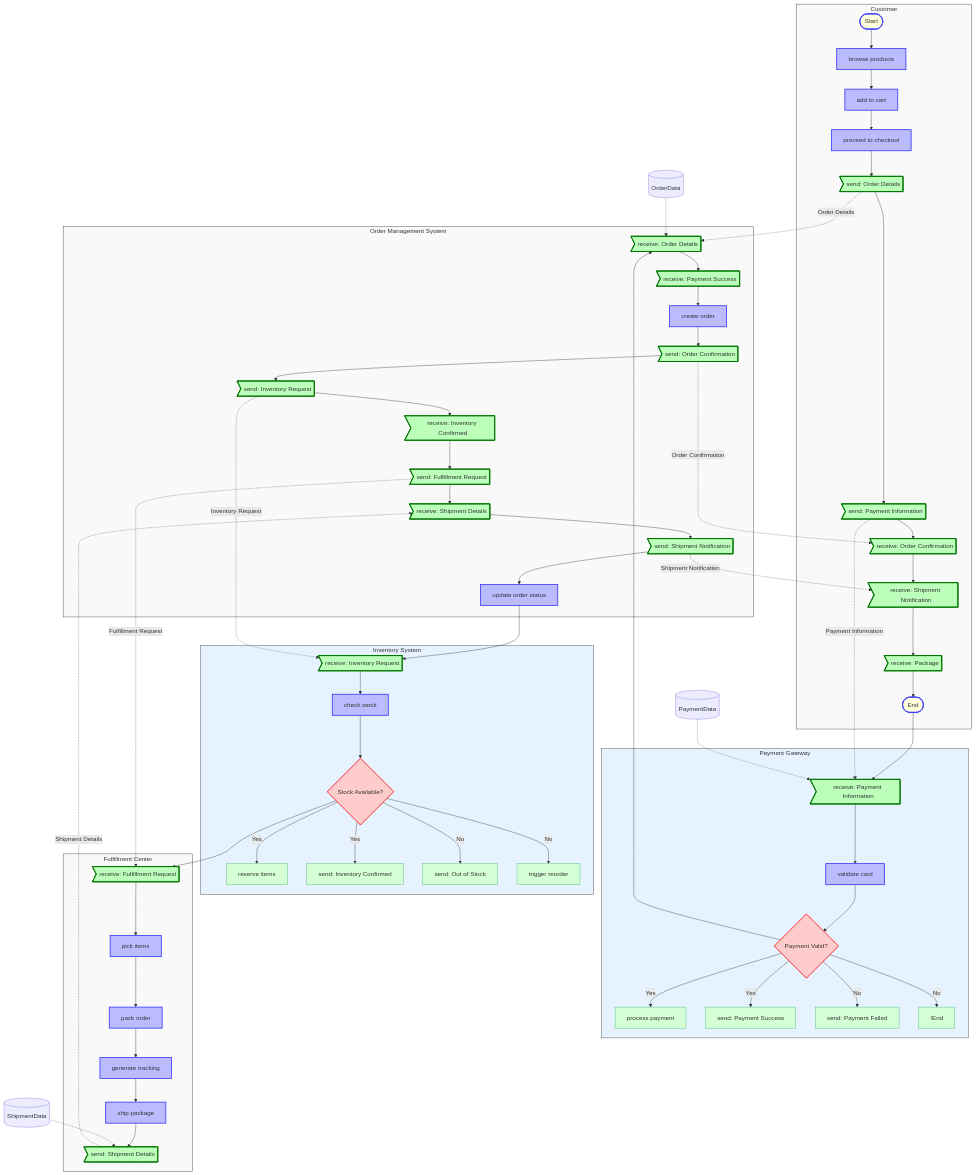
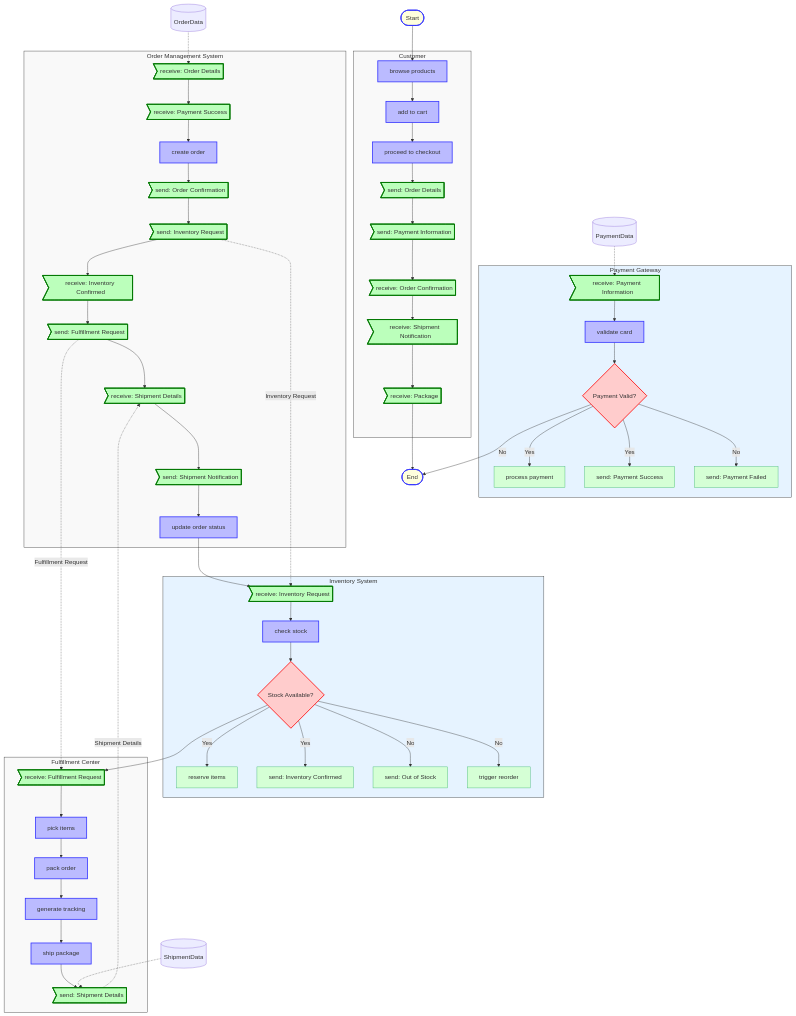
One commit to oisee/bpl changed the diagram in examples/e-commerce-order.mmd. Above: the diagram before and after it, drawn with Mermaid. The commit also changed 8 other files, not shown here.

First line of the commit message:
fix: Enable message tasks (send/receive) to connect to process-level End events

```diff
--- a/examples/e-commerce-order.mmd
+++ b/examples/e-commerce-order.mmd
@@ -1,120 +1,113 @@
 flowchart TD
   %% Define node styles
   classDef event fill:#ffd,stroke:#33f,stroke-width:2px
   classDef task fill:#bbf,stroke:#33f,stroke-width:2px
   classDef message fill:#bfb,stroke:#070,stroke-width:2px
   classDef gateway fill:#fcc,stroke:#f00,stroke-width:2px
   classDef comment fill:#ffd,stroke:#bb0,stroke-width:1px
   classDef dataObject fill:#ececff,stroke:#9370db,stroke-width:1px
   classDef branch fill:#d5ffd5,stroke:#3cb371,stroke-width:1px
+  process_start([Start]):::event
+  process_end([End]):::event
   data_orderdata[(OrderData)]:::dataObject
   data_paymentdata[(PaymentData)]:::dataObject
   data_shipmentdata[(ShipmentData)]:::dataObject
   subgraph sg0["Customer"]
-    customer_start([Start]):::event
     customer_browse_products[browse products]:::task
     customer_add_to_cart[add to cart]:::task
     customer_proceed_to_checkout[proceed to checkout]:::task
     customer_send_order_details>send: Order Details]:::message
     customer_send_payment_information>send: Payment Information]:::message
     customer_receive_order_confirmation>receive: Order Confirmation]:::message
     customer_receive_shipment_notification>receive: Shipment Notification]:::message
     customer_receive_package>receive: Package]:::message
-    customer_end([End]):::event
   end
   subgraph sg1["Payment Gateway"]
     payment_gateway_receive_payment_information>receive: Payment Information]:::message
     payment_gateway_validate_card[validate card]:::task
     payment_gateway_payment_valid{Payment Valid?}:::gateway
     payment_gateway_process_payment["process payment"]:::branch
     payment_gateway_send_payment_success["send: Payment Success"]:::branch
     payment_gateway_send_payment_failed["send: Payment Failed"]:::branch
-    payment_gateway_end["!End"]:::branch
   end
   subgraph sg2["Order Management System"]
     order_management_system_receive_order_details>receive: Order Details]:::message
     order_management_system_receive_payment_success>receive: Payment Success]:::message
     order_management_system_create_order[create order]:::task
     order_management_system_send_order_confirmation>send: Order Confirmation]:::message
     order_management_system_send_inventory_request>send: Inventory Request]:::message
     order_management_system_receive_inventory_confirmed>receive: Inventory Confirmed]:::message
     order_management_system_send_fulfillment_request>send: Fulfillment Request]:::message
     order_management_system_receive_shipment_details>receive: Shipment Details]:::message
     order_management_system_send_shipment_notification>send: Shipment Notification]:::message
     order_management_system_update_order_status[update order status]:::task
   end
   subgraph sg3["Inventory System"]
     inventory_system_receive_inventory_request>receive: Inventory Request]:::message
     inventory_system_check_stock[check stock]:::task
     inventory_system_stock_available{Stock Available?}:::gateway
     inventory_system_reserve_items["reserve items"]:::branch
     inventory_system_send_inventory_confirmed["send: Inventory Confirmed"]:::branch
     inventory_system_send_out_of_stock["send: Out of Stock"]:::branch
     inventory_system_trigger_reorder["trigger reorder"]:::branch
   end
   subgraph sg4["Fulfillment Center"]
     fulfillment_center_receive_fulfillment_request>receive: Fulfillment Request]:::message
     fulfillment_center_pick_items[pick items]:::task
     fulfillment_center_pack_order[pack order]:::task
     fulfillment_center_generate_tracking[generate tracking]:::task
     fulfillment_center_ship_package[ship package]:::task
     fulfillment_center_send_shipment_details>send: Shipment Details]:::message
   end
   style sg0 fill:#f9f9f9,stroke:#333,stroke-width:1px
   style sg1 fill:#e6f3ff,stroke:#333,stroke-width:1px
   style sg2 fill:#f9f9f9,stroke:#333,stroke-width:1px
   style sg3 fill:#e6f3ff,stroke:#333,stroke-width:1px
   style sg4 fill:#f9f9f9,stroke:#333,stroke-width:1px
 
   %% Sequence flows
-  customer_start --> customer_browse_products
+  payment_gateway_payment_valid -->|No| process_end
   customer_browse_products --> customer_add_to_cart
   customer_add_to_cart --> customer_proceed_to_checkout
   customer_proceed_to_checkout --> customer_send_order_details
   customer_send_order_details --> customer_send_payment_information
   customer_send_payment_information --> customer_receive_order_confirmation
   customer_receive_order_confirmation --> customer_receive_shipment_notification
   customer_receive_shipment_notification --> customer_receive_package
-  customer_receive_package --> customer_end
   payment_gateway_receive_payment_information --> payment_gateway_validate_card
   payment_gateway_validate_card --> payment_gateway_payment_valid
   order_management_system_receive_order_details --> order_management_system_receive_payment_success
   order_management_system_receive_payment_success --> order_management_system_create_order
   order_management_system_create_order --> order_management_system_send_order_confirmation
   order_management_system_send_order_confirmation --> order_management_system_send_inventory_request
   order_management_system_send_inventory_request --> order_management_system_receive_inventory_confirmed
   order_management_system_receive_inventory_confirmed --> order_management_system_send_fulfillment_request
   order_management_system_send_fulfillment_request --> order_management_system_receive_shipment_details
   order_management_system_receive_shipment_details --> order_management_system_send_shipment_notification
   order_management_system_send_shipment_notification --> order_management_system_update_order_status
   inventory_system_receive_inventory_request --> inventory_system_check_stock
   inventory_system_check_stock --> inventory_system_stock_available
   fulfillment_center_receive_fulfillment_request --> fulfillment_center_pick_items
   fulfillment_center_pick_items --> fulfillment_center_pack_order
   fulfillment_center_pack_order --> fulfillment_center_generate_tracking
   fulfillment_center_generate_tracking --> fulfillment_center_ship_package
   fulfillment_center_ship_package --> fulfillment_center_send_shipment_details
   payment_gateway_payment_valid -->|Yes| payment_gateway_process_payment
   payment_gateway_payment_valid -->|Yes| payment_gateway_send_payment_success
   payment_gateway_payment_valid -->|No| payment_gateway_send_payment_failed
-  payment_gateway_payment_valid -->|No| payment_gateway_end
   inventory_system_stock_available -->|Yes| inventory_system_reserve_items
   inventory_system_stock_available -->|Yes| inventory_system_send_inventory_confirmed
   inventory_system_stock_available -->|No| inventory_system_send_out_of_stock
   inventory_system_stock_available -->|No| inventory_system_trigger_reorder
-  customer_end --> payment_gateway_receive_payment_information
-  payment_gateway_payment_valid --> order_management_system_receive_order_details
   order_management_system_update_order_status --> inventory_system_receive_inventory_request
   inventory_system_stock_available --> fulfillment_center_receive_fulfillment_request
+  process_start --> customer_browse_products
+  customer_receive_package --> process_end
   %% Message flows
-  customer_send_order_details -.->|Order Details| order_management_system_receive_order_details
-  customer_send_payment_information -.->|Payment Information| payment_gateway_receive_payment_information
-  order_management_system_send_order_confirmation -.->|Order Confirmation| customer_receive_order_confirmation
   order_management_system_send_inventory_request -.->|Inventory Request| inventory_system_receive_inventory_request
   order_management_system_send_fulfillment_request -.->|Fulfillment Request| fulfillment_center_receive_fulfillment_request
-  order_management_system_send_shipment_notification -.->|Shipment Notification| customer_receive_shipment_notification
   fulfillment_center_send_shipment_details -.->|Shipment Details| order_management_system_receive_shipment_details
   %% Data flows
   data_orderdata -.-> order_management_system_receive_order_details
   data_paymentdata -.-> payment_gateway_receive_payment_information
   data_shipmentdata -.-> fulfillment_center_send_shipment_details
```
